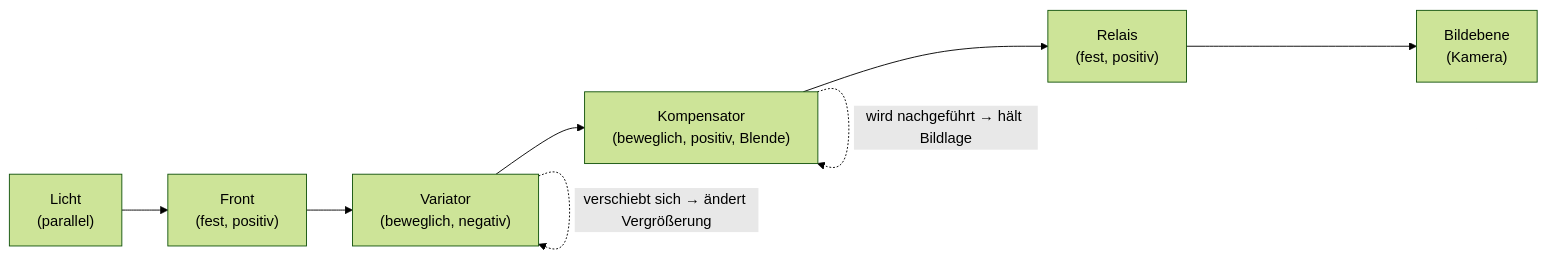
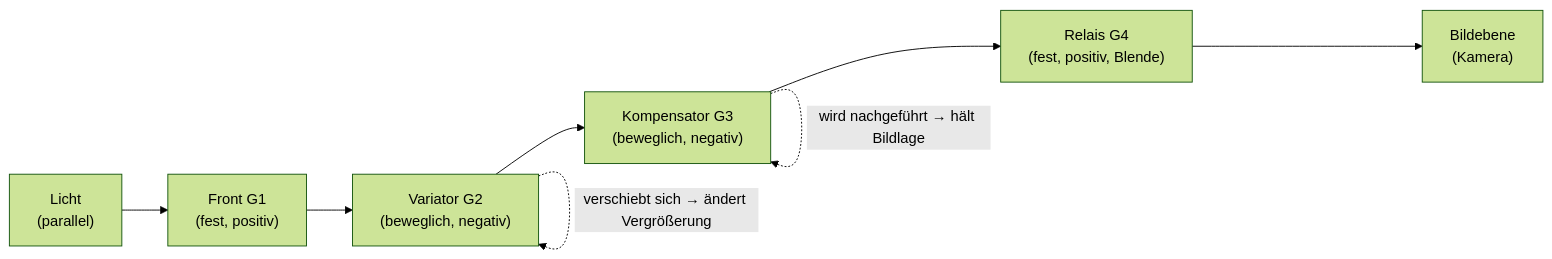
The second of 4 diagrams in examples/28_optics/tutorial/02_zoom_teleskop/Bericht.md (plops/cl-rust-generator), drawn with Mermaid (forest theme) before and after one commit. The commit also changed other lines of this file and 10 other files, not shown here.

````diff
--- a/examples/28_optics/tutorial/02_zoom_teleskop/Bericht.md
+++ b/examples/28_optics/tutorial/02_zoom_teleskop/Bericht.md
@@ -109,10 +109,10 @@
 ```mermaid
 flowchart LR
-    L["Licht<br/>(parallel)"] --> F["Front<br/>(fest, positiv)"]
-    F --> V["Variator<br/>(beweglich, negativ)"]
-    V --> K["Kompensator<br/>(beweglich, positiv, Blende)"]
-    K --> R["Relais<br/>(fest, positiv)"]
+    L["Licht<br/>(parallel)"] --> F["Front G1<br/>(fest, positiv)"]
+    F --> V["Variator G2<br/>(beweglich, negativ)"]
+    V --> K["Kompensator G3<br/>(beweglich, negativ)"]
+    K --> R["Relais G4<br/>(fest, positiv, Blende)"]
     R --> I["Bildebene<br/>(Kamera)"]
     V -. "verschiebt sich → ändert Vergrößerung" .-> V
     K -. "wird nachgeführt → hält Bildlage" .-> K
 ```
````
